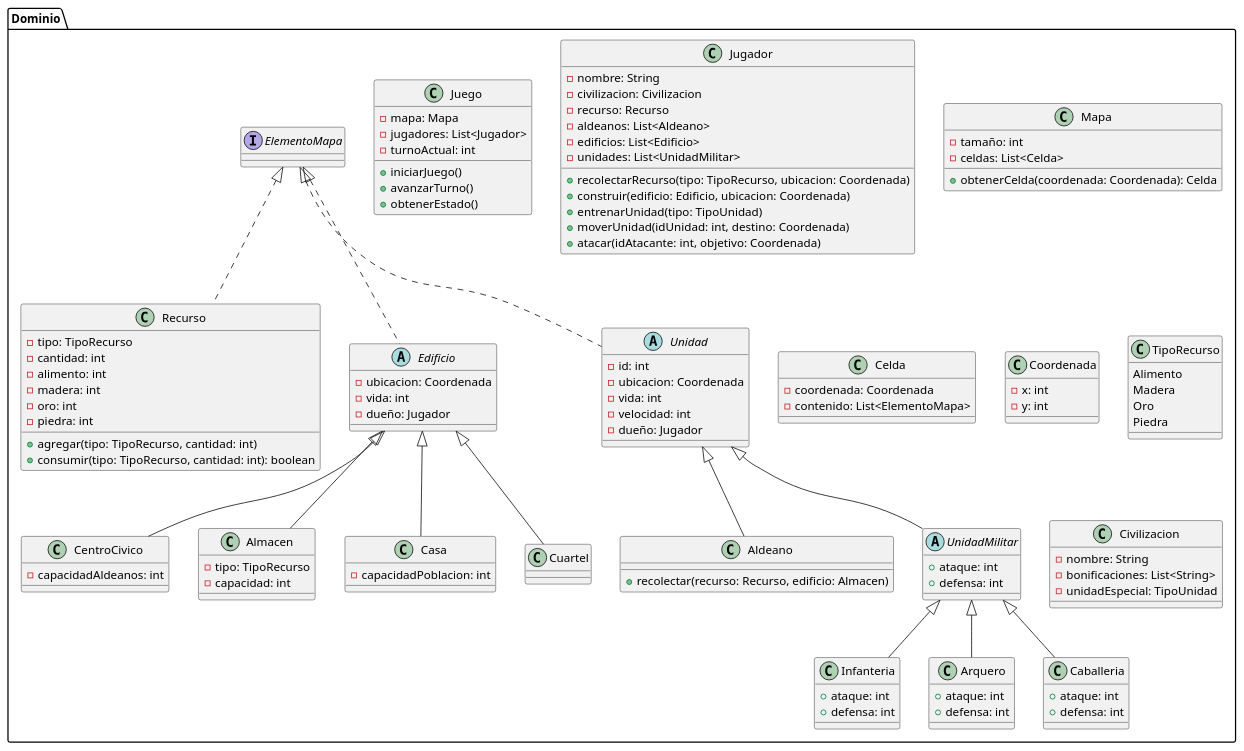
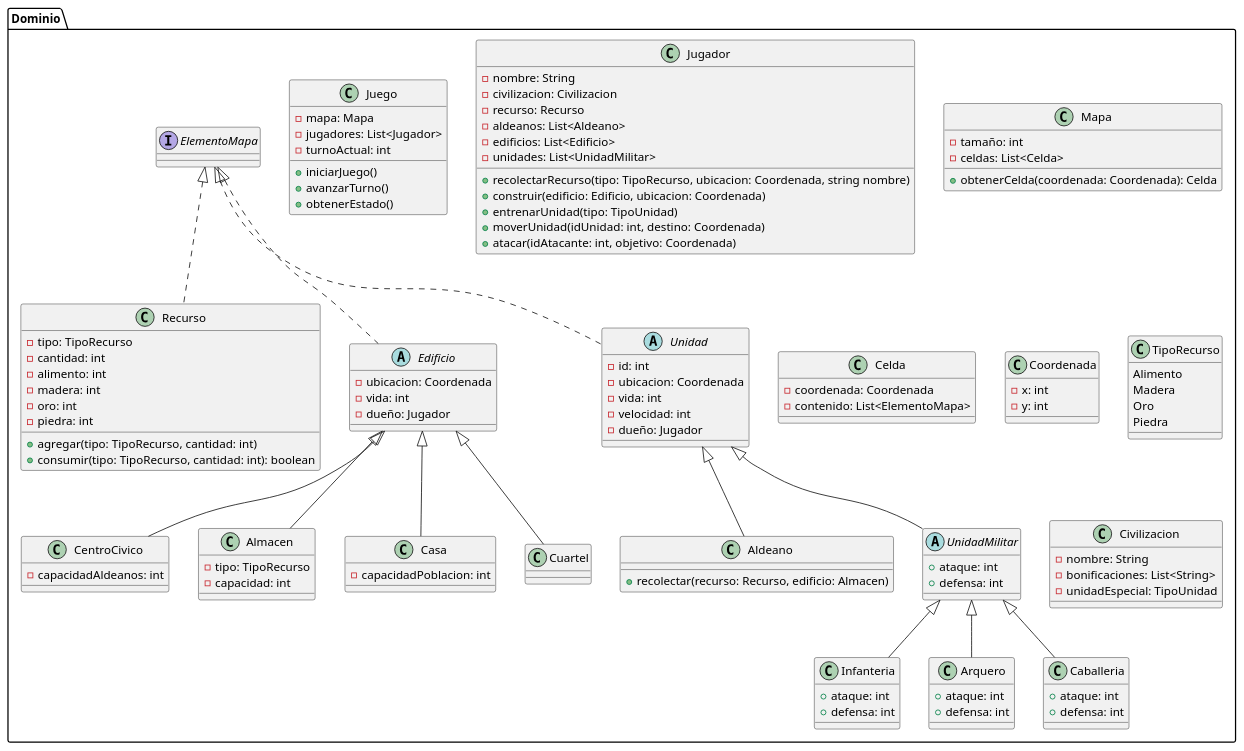
The diagram in src/scratch.puml (mcaetano7/proyectop22025), drawn with PlantUML before and after one commit. The commit also changed 1 other file, not shown here.

```diff
--- a/src/scratch.puml
+++ b/src/scratch.puml
@@ -1,132 +1,132 @@
 @startuml PIIProyecto2025
 
 ' Paquete principal
 package "Dominio" {
     
     class Juego {
         - mapa: Mapa
         - jugadores: List<Jugador>
         - turnoActual: int
         + iniciarJuego()
         + avanzarTurno()
         + obtenerEstado()
     }
 
     class Jugador {
         - nombre: String
         - civilizacion: Civilizacion
         - recurso: Recurso
         - aldeanos: List<Aldeano>
         - edificios: List<Edificio>
         - unidades: List<UnidadMilitar>
-        + recolectarRecurso(tipo: TipoRecurso, ubicacion: Coordenada)
+        + recolectarRecurso(tipo: TipoRecurso, ubicacion: Coordenada, string nombre)
         + construir(edificio: Edificio, ubicacion: Coordenada)
         + entrenarUnidad(tipo: TipoUnidad)
         + moverUnidad(idUnidad: int, destino: Coordenada)
         + atacar(idAtacante: int, objetivo: Coordenada)
     }
 
     class Mapa {
         - tamaño: int
         - celdas: List<Celda>
         + obtenerCelda(coordenada: Coordenada): Celda
     }
 
     class Celda {
         - coordenada: Coordenada
         - contenido: List<ElementoMapa>
     }
 
     class Coordenada {
         - x: int
         - y: int
     }
 
     interface ElementoMapa {
     }
 
     class Recurso implements ElementoMapa {
         - tipo: TipoRecurso
         - cantidad: int
     }
 
     class TipoRecurso {
         Alimento
         Madera
         Oro
         Piedra
     }
 
     class Recurso {
         - alimento: int
         - madera: int
         - oro: int
         - piedra: int
         + agregar(tipo: TipoRecurso, cantidad: int)
         + consumir(tipo: TipoRecurso, cantidad: int): boolean
     }
 
     class Civilizacion {
         - nombre: String
         - bonificaciones: List<String>
         - unidadEspecial: TipoUnidad
     }
 
     abstract class Edificio implements ElementoMapa {
         - ubicacion: Coordenada
         - vida: int
         - dueño: Jugador
     }
 
     class CentroCivico extends Edificio {
         - capacidadAldeanos: int
     }
 
     class Almacen extends Edificio {
         - tipo: TipoRecurso
         - capacidad: int
     }
 
     class Casa extends Edificio {
         - capacidadPoblacion: int
     }
 
     class Cuartel extends Edificio {
     }
 
     abstract class Unidad implements ElementoMapa {
         - id: int
         - ubicacion: Coordenada
         - vida: int
         - velocidad: int
         - dueño: Jugador
     }
 
     class Aldeano extends Unidad {
         + recolectar(recurso: Recurso, edificio: Almacen)
     }
 
     abstract class UnidadMilitar extends Unidad {
         + ataque: int
         + defensa: int
     }
 
     class Infanteria extends UnidadMilitar {
         + ataque: int 
         + defensa: int
     
     }
 
     class Arquero extends UnidadMilitar {
         + ataque: int 
         + defensa: int 
     }
 
     class Caballeria extends UnidadMilitar {
         + ataque: int 
         + defensa: int 
     }
 
 }
 
 @enduml
```
